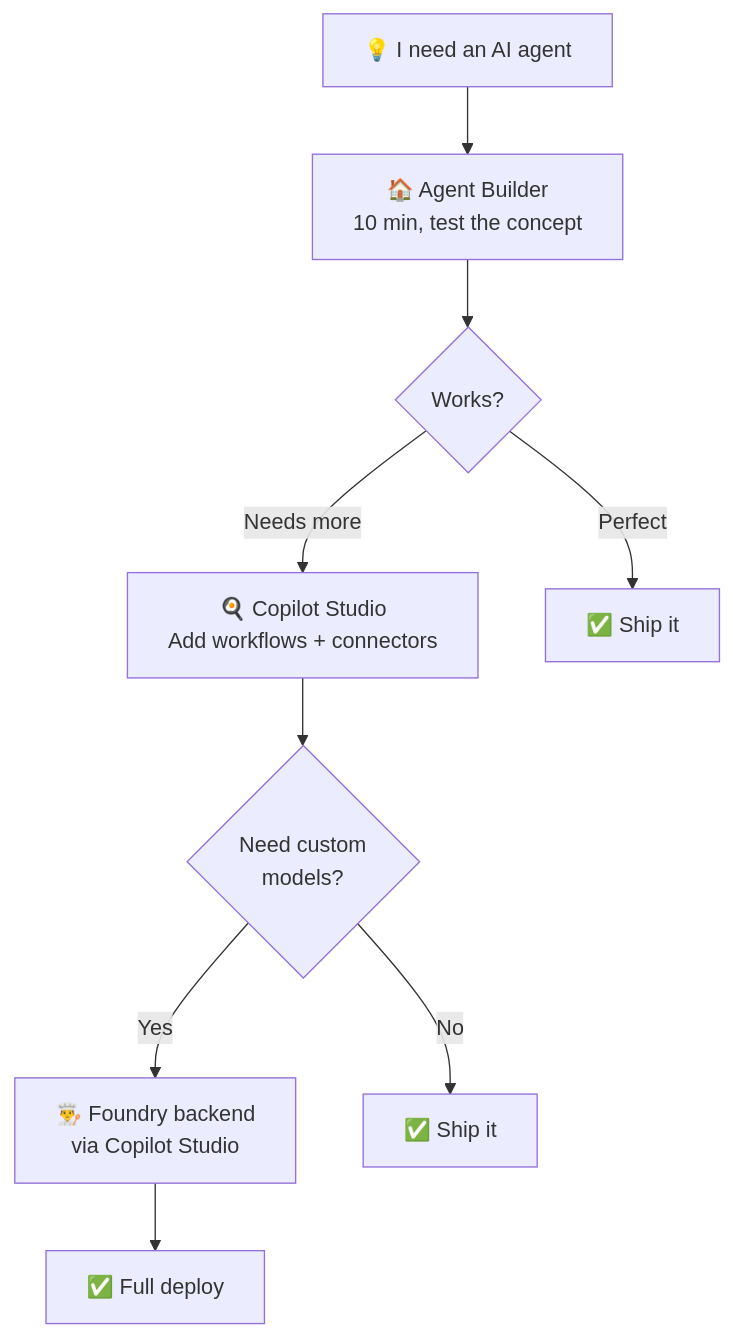
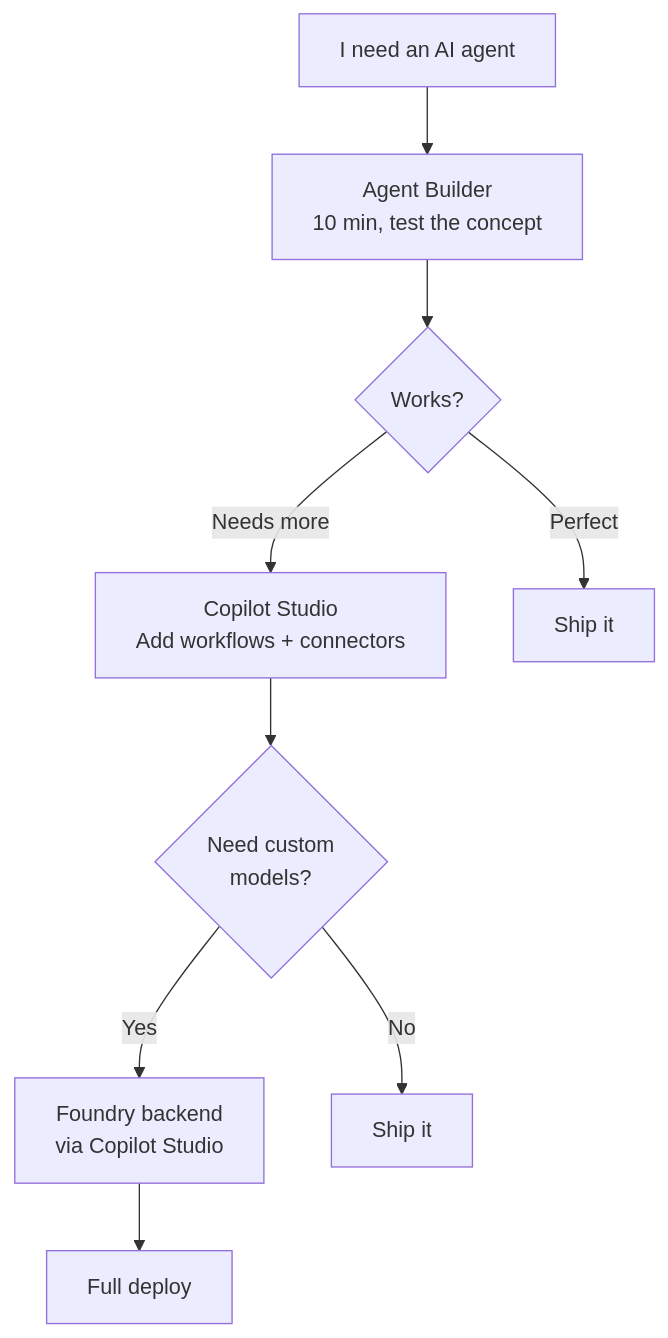
Before and after one commit to susanthgit/aguidetocloud-revamp: the second of 2 diagrams in content/blog/agent-builder-vs-copilot-studio-vs-foundry.md, drawn with Mermaid. The commit also changed other lines of this file and 553 other files, not shown here.

First line of the commit message:
🌸 Z17: Zen Mermaid diagrams — Stripe Docs style

````diff
--- a/content/blog/agent-builder-vs-copilot-studio-vs-foundry.md
+++ b/content/blog/agent-builder-vs-copilot-studio-vs-foundry.md
@@ -263,11 +263,11 @@
 ```mermaid
 flowchart TD
-    A["💡 I need an AI agent"] --> B["🏠 Agent Builder<br/>10 min, test the concept"]
+    A["I need an AI agent"] --> B["Agent Builder<br/>10 min, test the concept"]
     B --> C{"Works?"}
-    C -->|"Needs more"| D["🍳 Copilot Studio<br/>Add workflows + connectors"]
-    C -->|"Perfect"| E["✅ Ship it"]
+    C -->|"Needs more"| D["Copilot Studio<br/>Add workflows + connectors"]
+    C -->|"Perfect"| E["Ship it"]
     D --> F{"Need custom<br/>models?"}
-    F -->|Yes| G["👨‍🍳 Foundry backend<br/>via Copilot Studio"]
-    F -->|No| H["✅ Ship it"]
-    G --> I["✅ Full deploy"]
+    F -->|Yes| G["‍Foundry backend<br/>via Copilot Studio"]
+    F -->|No| H["Ship it"]
+    G --> I["Full deploy"]
 ```
````
